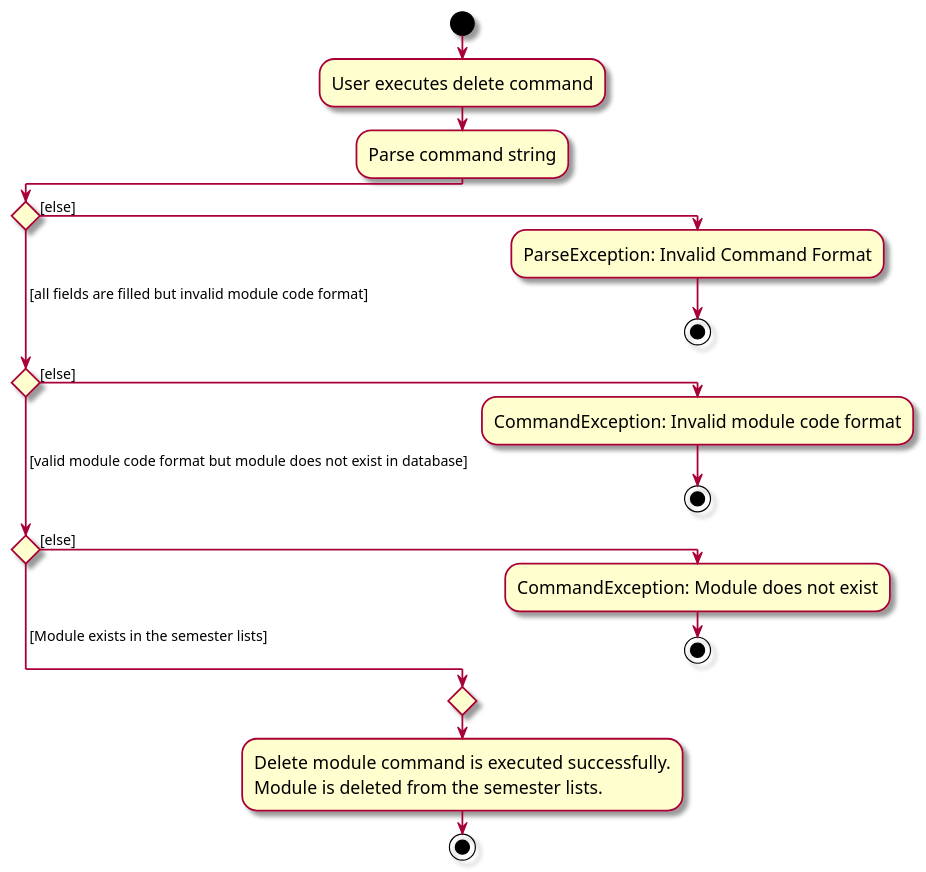
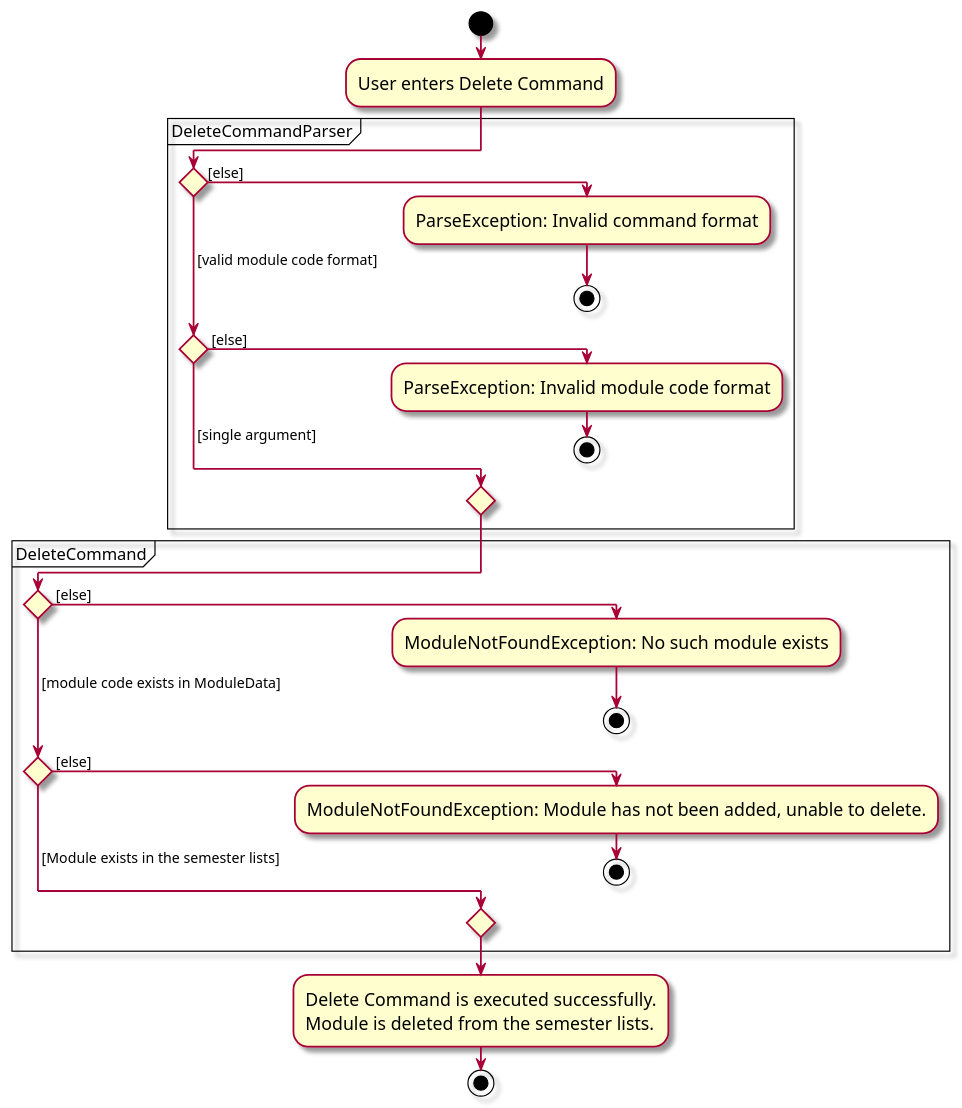
One commit to yyyaohhh/tp changed the diagram in diagrams/DeleteCommandActivityDiagram.puml. Above: the diagram before and after it, drawn with PlantUML. The commit also changed 39 other files, not shown here.

```diff
--- a/diagrams/DeleteCommandActivityDiagram.puml
+++ b/diagrams/DeleteCommandActivityDiagram.puml
@@ -1,26 +1,40 @@
 @startuml
 skin rose
 skinparam ActivityFontSize 15
 skinparam ArrowFontSize 12
 !pragma useVerticalIf on
 start
-:User executes delete command;
-:Parse command string;
+:User enters Delete Command;
+
+partition DeleteCommandParser {
 
 if () then ([else])
-    :ParseException: Invalid Command Format;
+    :ParseException: Invalid command format;
     stop
-( [all fields are filled but invalid module code format]) elseif () then ([else])
-    :CommandException: Invalid module code format;
+( [valid module code format]) elseif () then ( [else])
+    :ParseException: Invalid module code format;
     stop
-( [valid module code format but module does not exist in database]) elseif () then ([else])
-    :CommandException: Module does not exist;
+else ( [single argument])
+
+endif
+}
+
+partition DeleteCommand {
+
+if () then ( [else])
+    :ModuleNotFoundException: No such module exists;
+    stop
+( [module code exists in ModuleData]) elseif () then ( [else])
+    :ModuleNotFoundException: Module has not been added, unable to delete.;
     stop
 else ( [Module exists in the semester lists])
 
 endif
-:Delete module command is executed successfully.
+}
+
+:Delete Command is executed successfully.
 Module is deleted from the semester lists.;
 
 stop
+
 @enduml
```
